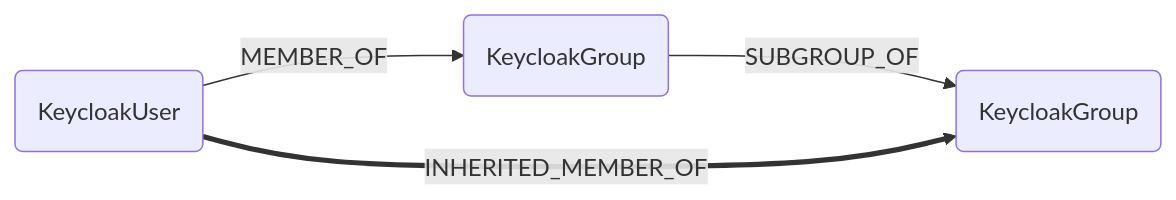
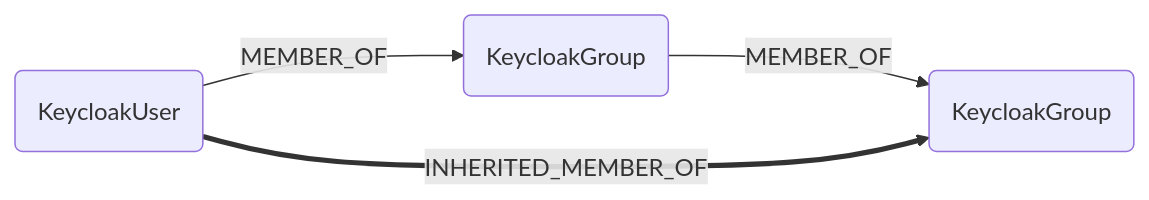
The first of 5 diagrams in docs/root/modules/keycloak/analysis.md (sec-js/cartography), drawn with Mermaid before and after one commit. The commit also changed other lines of this file and 40 other files, not shown here.

Commit message:
feat(ontology): canonical MEMBER_OF / HAS_ROLE(group) / INCLUDES / ENCRYPTED_BY / USES_SECRET edges (#2889)

````diff
--- a/docs/root/modules/keycloak/analysis.md
+++ b/docs/root/modules/keycloak/analysis.md
@@ -21,6 +21,6 @@
 ```mermaid
 graph LR
     U(KeycloakUser) -- MEMBER_OF --> SG(KeycloakGroup)
-    SG -- SUBGROUP_OF --> PG(KeycloakGroup)
+    SG -- MEMBER_OF --> PG(KeycloakGroup)
     U == INHERITED_MEMBER_OF ==> PG
 ```
````
